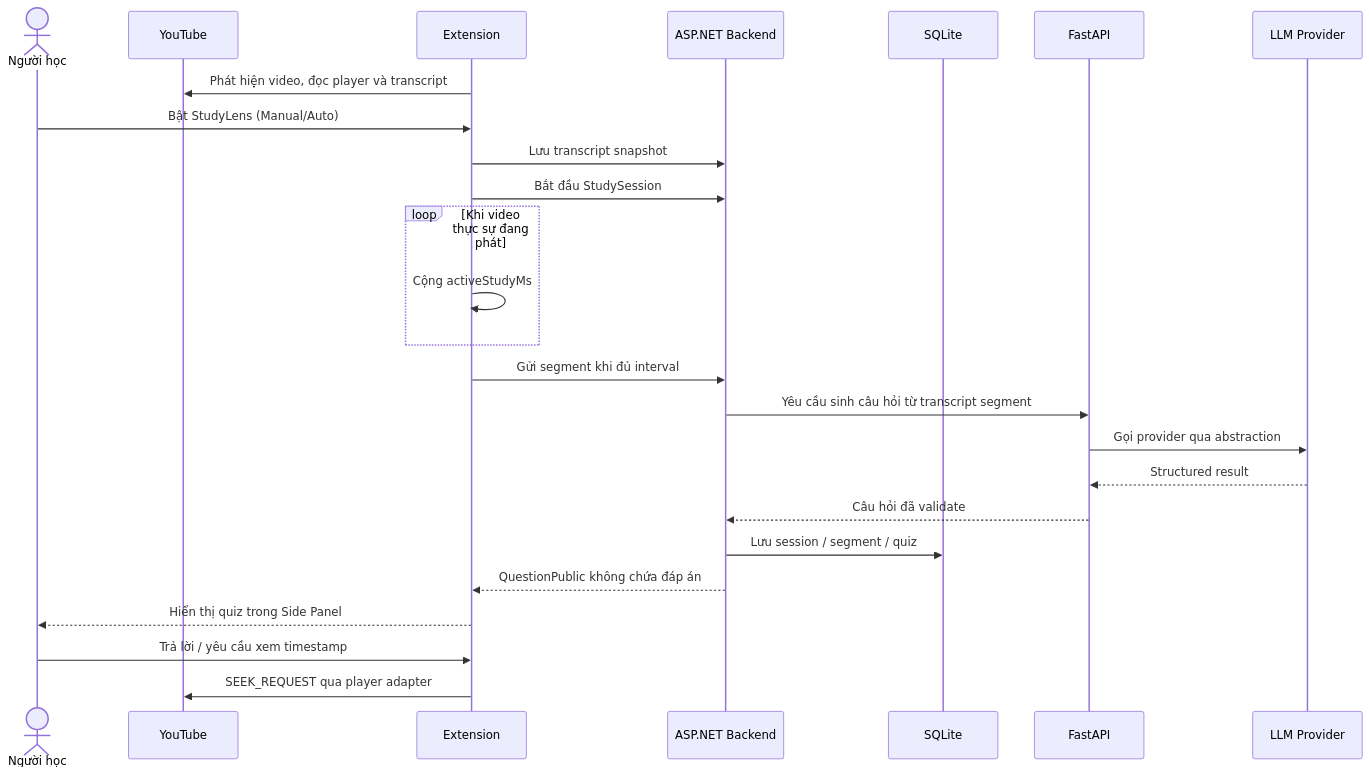
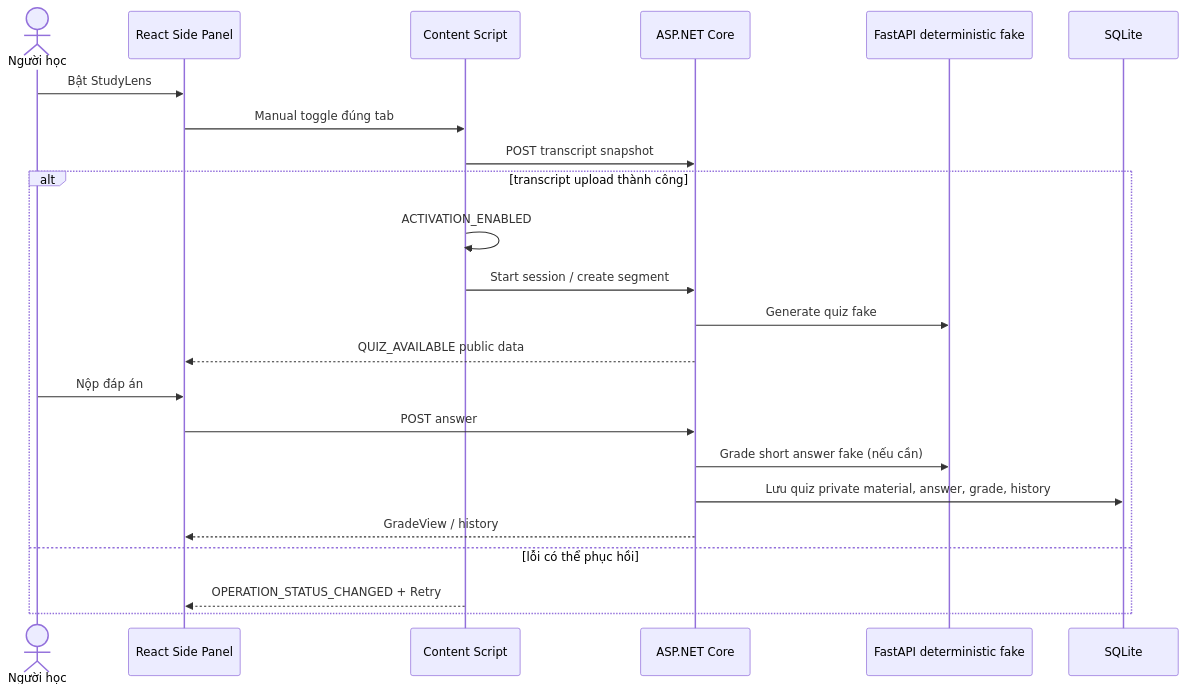
One commit to tungnguyen1208/StudylensAI changed the first of 2 diagrams in docs/architecture/repository-map.md. Above: the diagram before and after it, drawn with Mermaid. The commit also changed other lines of this file and 141 other files, not shown here.

````diff
--- a/docs/architecture/repository-map.md
+++ b/docs/architecture/repository-map.md
@@ -37,28 +15,26 @@
 ```mermaid
 sequenceDiagram
-    actor User as Người học
-    participant YT as YouTube
-    participant Ext as Extension
-    participant Api as ASP.NET Backend
-    participant Db as SQLite
-    participant Ai as FastAPI
-    participant Llm as LLM Provider
+    actor U as Người học
+    participant SP as React Side Panel
+    participant CS as Content Script
+    participant API as ASP.NET Core
+    participant AI as FastAPI deterministic fake
+    participant DB as SQLite
 
-    Ext->>YT: Phát hiện video, đọc player và transcript
-    User->>Ext: Bật StudyLens (Manual/Auto)
-    Ext->>Api: Lưu transcript snapshot
-    Ext->>Api: Bắt đầu StudySession
-    loop Khi video thực sự đang phát
-        Ext->>Ext: Cộng activeStudyMs
+    U->>SP: Bật StudyLens
+    SP->>CS: Manual toggle đúng tab
+    CS->>API: POST transcript snapshot
+    alt transcript upload thành công
+        CS->>CS: ACTIVATION_ENABLED
+        CS->>API: Start session / create segment
+        API->>AI: Generate quiz fake
+        API-->>SP: QUIZ_AVAILABLE public data
+        U->>SP: Nộp đáp án
+        SP->>API: POST answer
+        API->>AI: Grade short answer fake (nếu cần)
+        API->>DB: Lưu quiz private material, answer, grade, history
+        API-->>SP: GradeView / history
+    else lỗi có thể phục hồi
+        CS-->>SP: OPERATION_STATUS_CHANGED + Retry
     end
-    Ext->>Api: Gửi segment khi đủ interval
-    Api->>Ai: Yêu cầu sinh câu hỏi từ transcript segment
-    Ai->>Llm: Gọi provider qua abstraction
-    Llm-->>Ai: Structured result
-    Ai-->>Api: Câu hỏi đã validate
-    Api->>Db: Lưu session / segment / quiz
-    Api-->>Ext: QuestionPublic không chứa đáp án
-    Ext-->>User: Hiển thị quiz trong Side Panel
-    User->>Ext: Trả lời / yêu cầu xem timestamp
-    Ext->>YT: SEEK_REQUEST qua player adapter
 ```
````
